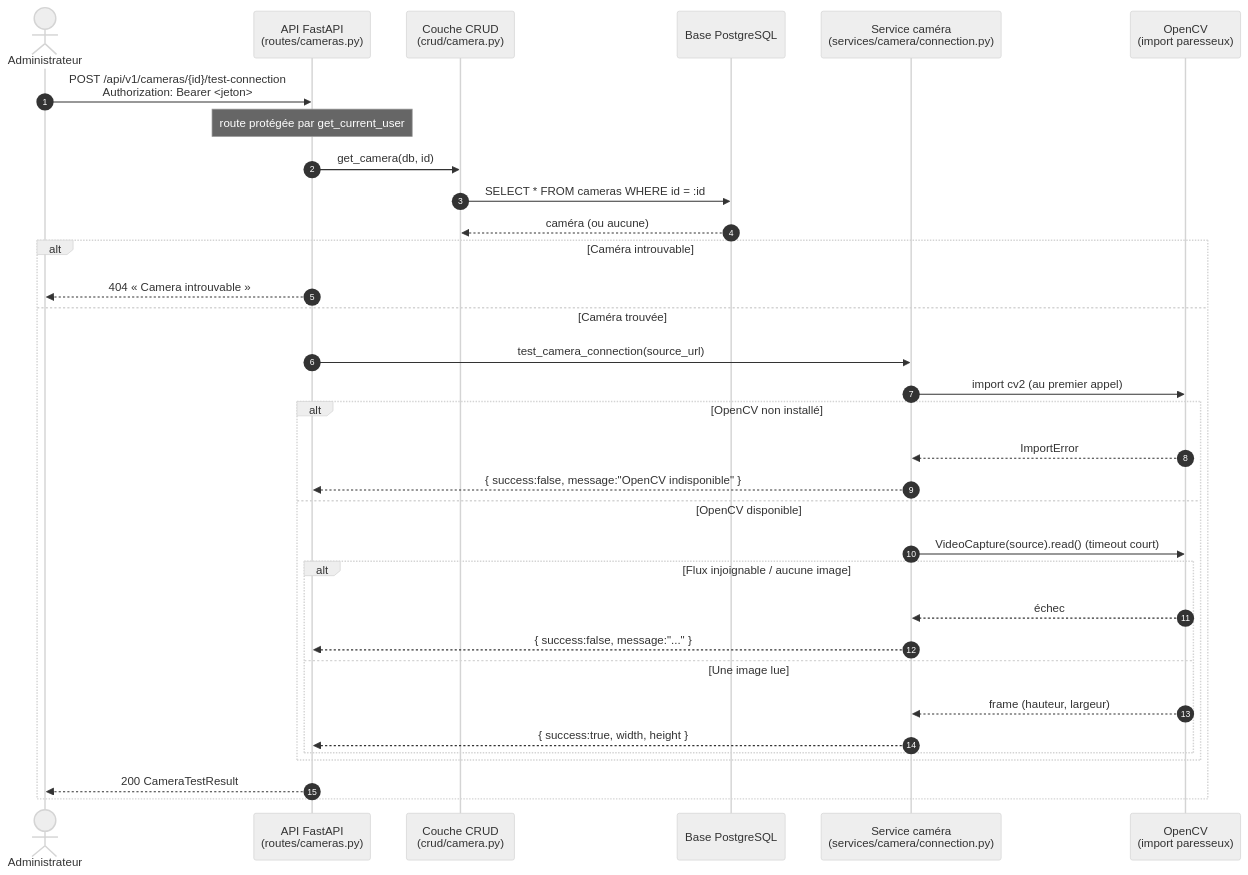
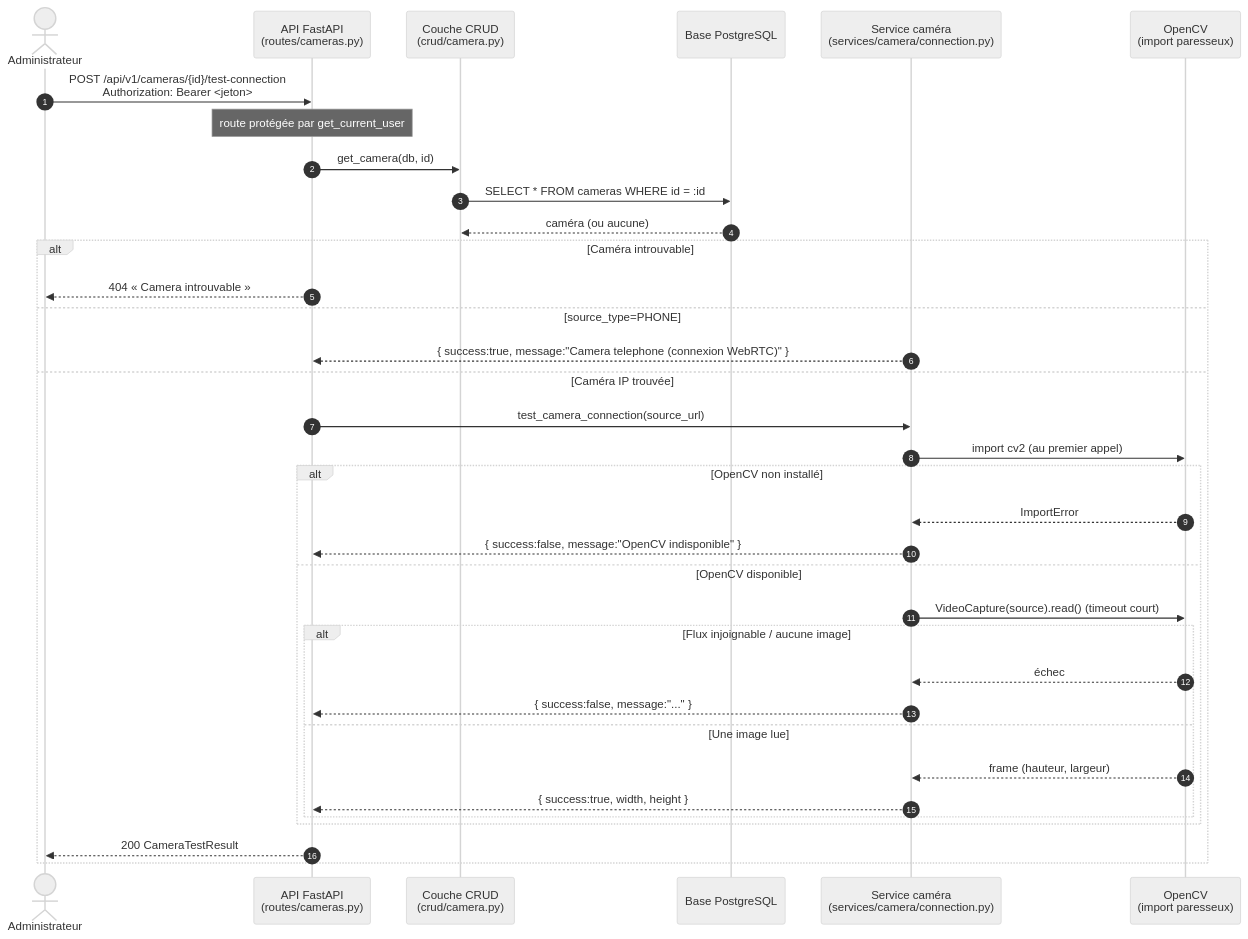
One commit to Ammar-El-Maghevry/pi-s4 changed the seventh of 10 diagrams in docs/diagrams/diagrammes_sequence.md. Above: the diagram before and after it, drawn with Mermaid (neutral theme). The commit also changed other lines of this file and 2 other files, not shown here.

First line of the commit message:
Update UML diagrams to reflect current project state

````diff
--- a/docs/diagrams/diagrammes_sequence.md
+++ b/docs/diagrams/diagrammes_sequence.md
@@ -233,37 +340,39 @@
 ```mermaid
 sequenceDiagram
     autonumber
     actor Client as Administrateur
     participant API as API FastAPI<br/>(routes/cameras.py)
     participant CRUD as Couche CRUD<br/>(crud/camera.py)
     participant DB as Base PostgreSQL
     participant Svc as Service caméra<br/>(services/camera/connection.py)
     participant CV as OpenCV<br/>(import paresseux)
 
     Client->>API: POST /api/v1/cameras/{id}/test-connection<br/>Authorization: Bearer <jeton>
     Note over API: route protégée par get_current_user
 
     API->>CRUD: get_camera(db, id)
     CRUD->>DB: SELECT * FROM cameras WHERE id = :id
     DB-->>CRUD: caméra (ou aucune)
     alt Caméra introuvable
         API-->>Client: 404 « Camera introuvable »
-    else Caméra trouvée
+    else source_type=PHONE
+        Svc-->>API: { success:true, message:"Camera telephone (connexion WebRTC)" }
+    else Caméra IP trouvée
         API->>Svc: test_camera_connection(source_url)
         Svc->>CV: import cv2 (au premier appel)
         alt OpenCV non installé
             CV-->>Svc: ImportError
             Svc-->>API: { success:false, message:"OpenCV indisponible" }
         else OpenCV disponible
             Svc->>CV: VideoCapture(source).read() (timeout court)
             alt Flux injoignable / aucune image
                 CV-->>Svc: échec
                 Svc-->>API: { success:false, message:"..." }
             else Une image lue
                 CV-->>Svc: frame (hauteur, largeur)
                 Svc-->>API: { success:true, width, height }
             end
         end
         API-->>Client: 200 CameraTestResult
     end
 ```
````
